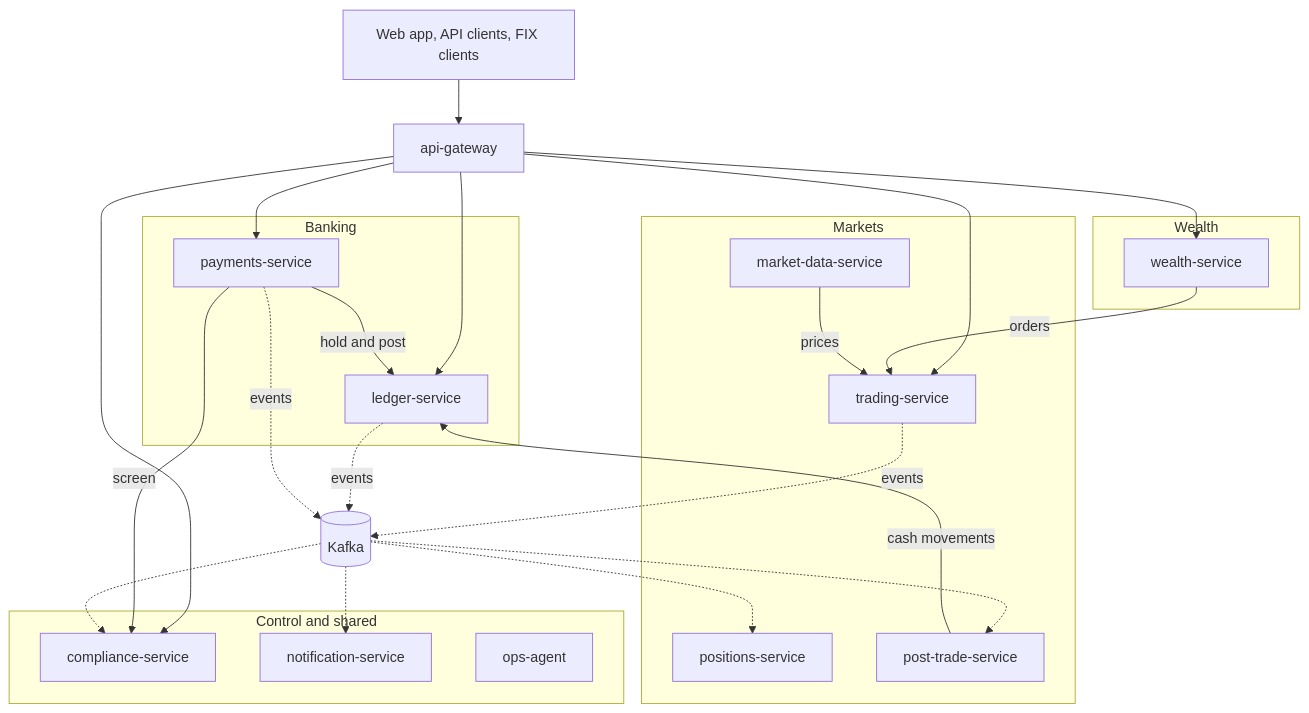
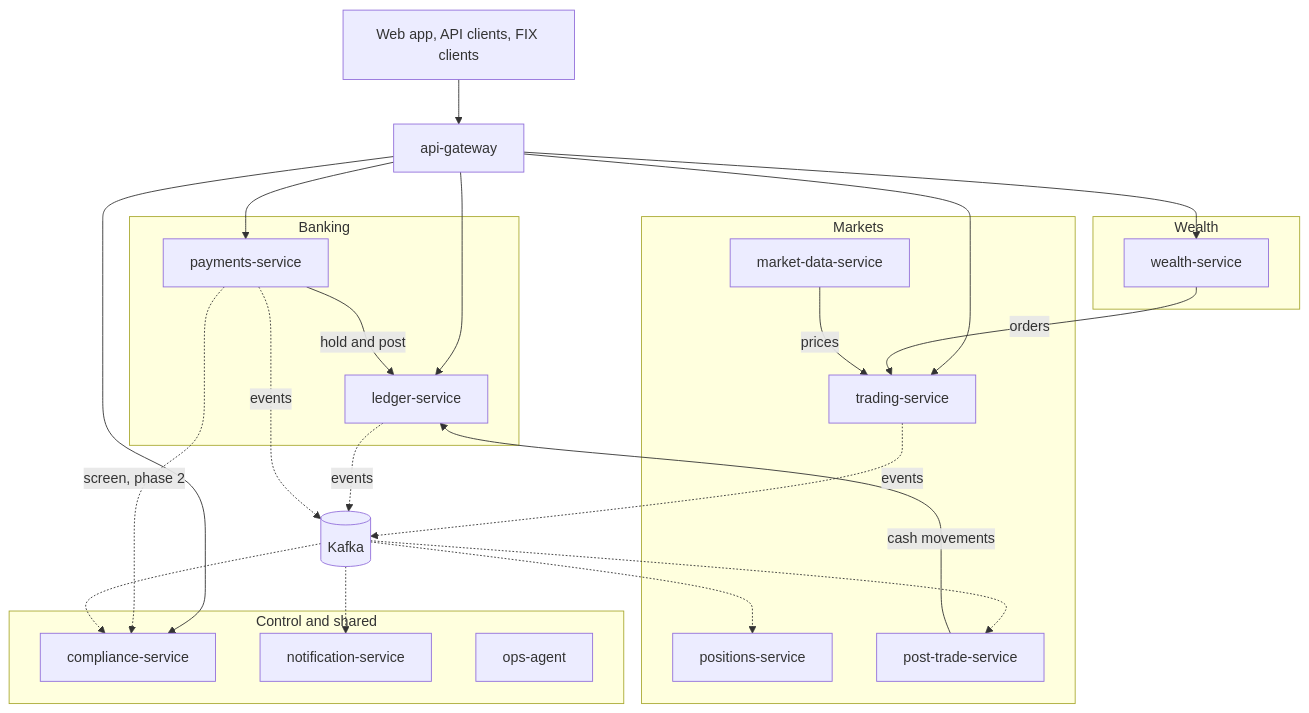
The diagram in README.md (sainageshgowrabalaji/Banking-Platform), drawn with Mermaid before and after one commit. The commit also changed other lines of this file and 233 other files, not shown here.

````diff
--- a/README.md
+++ b/README.md
@@ -33,32 +39,32 @@
 ```mermaid
 flowchart TB
     C[Web app, API clients, FIX clients] --> GW[api-gateway]
 
     subgraph banking[Banking]
         L[ledger-service]
         P[payments-service]
     end
     subgraph markets[Markets]
         MD[market-data-service]
         T[trading-service]
         PO[positions-service]
         PT[post-trade-service]
     end
     subgraph wealth[Wealth]
         W[wealth-service]
     end
     subgraph control[Control and shared]
         CO[compliance-service]
         N[notification-service]
         OA[ops-agent]
     end
 
     GW --> L & P & T & W & CO
     P -->|hold and post| L
-    P -->|screen| CO
+    P -.->|screen, phase 2| CO
     W -->|orders| T
     MD -->|prices| T
     L & P & T -.->|events| K[(Kafka)]
     K -.-> N & PO & PT & CO
     PT -->|cash movements| L
 ```
````
